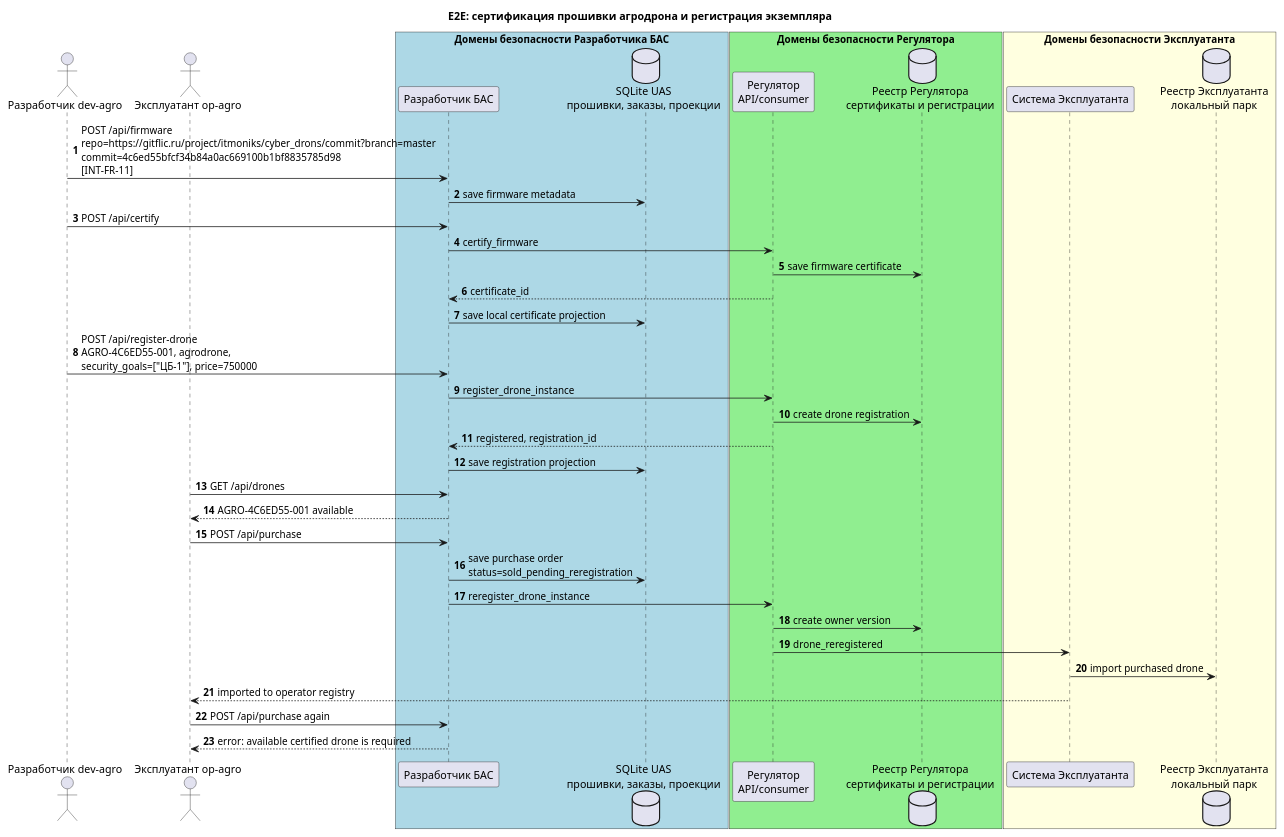
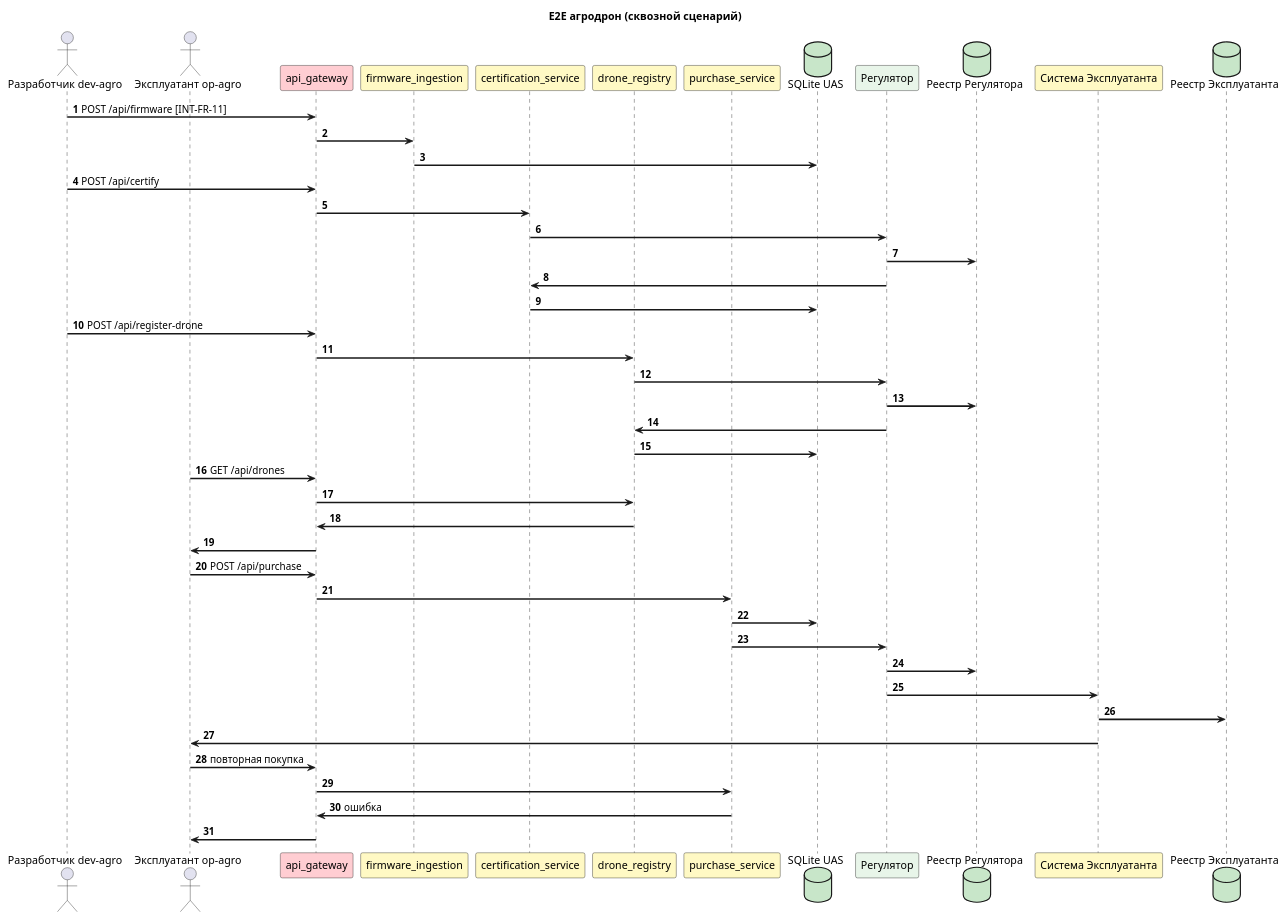
One commit to sergeysobolev-spbu/sbd-drones-economics changed the diagram in systems/uas_dev_company/docs/diagrams/integration_agrodrone_e2e.puml. Above: the diagram before and after it, drawn with PlantUML. The commit also changed 108 other files, not shown here.

First line of the commit message:
feat(uas_dev_company): domain SQLite, worker image, TCB tooling

```diff
--- a/systems/uas_dev_company/docs/diagrams/integration_agrodrone_e2e.puml
+++ b/systems/uas_dev_company/docs/diagrams/integration_agrodrone_e2e.puml
@@ -1,45 +1,51 @@
 @startuml integration_agrodrone_e2e
-title E2E: сертификация прошивки агродрона и регистрация экземпляра
+title E2E агродрон (сквозной сценарий)
+
+skinparam ArrowThickness 2
 
 autonumber
 actor "Разработчик dev-agro" as Dev
 actor "Эксплуатант op-agro" as Op
-box "Домены безопасности Разработчика БАС" #LightBlue
-    participant "Разработчик БАС" as UAS
-    database "SQLite UAS\nпрошивки, заказы, проекции" as UASDB
-end box
+participant "api_gateway" as GW #FFCDD2
+participant "firmware_ingestion" as FW #FFF9C4
+participant "certification_service" as CS #FFF9C4
+participant "drone_registry" as DR #FFF9C4
+participant "purchase_service" as PS #FFF9C4
+database "SQLite UAS" as UASDB #C8E6C9
+participant "Регулятор" as REG #E8F5E9
+database "Реестр Регулятора" as REGDB #C8E6C9
+participant "Система Эксплуатанта" as OPS #FFF9C4
+database "Реестр Эксплуатанта" as ODB #C8E6C9
 
-box "Домены безопасности Регулятора" #LightGreen
-    participant "Регулятор\nAPI/consumer" as REG
-    database "Реестр Регулятора\nсертификаты и регистрации" as REGDB
-end box
-
-box "Домены безопасности Эксплуатанта" #LightYellow
-    participant "Система Эксплуатанта" as OPS
-    database "Реестр Эксплуатанта\nлокальный парк" as ODB
-end box
-
-Dev -> UAS : POST /api/firmware\nrepo=https://gitflic.ru/project/itmoniks/cyber_drons/commit?branch=master\ncommit=4c6ed55bfcf34b84a0ac669100b1bf8835785d98\n[INT-FR-11]
-UAS -> UASDB : save firmware metadata
-Dev -> UAS : POST /api/certify
-UAS -> REG : certify_firmware
-REG -> REGDB : save firmware certificate
-REG --> UAS : certificate_id
-UAS -> UASDB : save local certificate projection
-Dev -> UAS : POST /api/register-drone\nAGRO-4C6ED55-001, agrodrone,\nsecurity_goals=["ЦБ-1"], price=750000
-UAS -> REG : register_drone_instance
-REG -> REGDB : create drone registration
-REG --> UAS : registered, registration_id
-UAS -> UASDB : save registration projection
-Op -> UAS : GET /api/drones
-UAS --> Op : AGRO-4C6ED55-001 available
-Op -> UAS : POST /api/purchase
-UAS -> UASDB : save purchase order\nstatus=sold_pending_reregistration
-UAS -> REG : reregister_drone_instance
-REG -> REGDB : create owner version
-REG -> OPS : drone_reregistered
-OPS -> ODB : import purchased drone
-OPS --> Op : imported to operator registry
-Op -> UAS : POST /api/purchase again
-UAS --> Op : error: available certified drone is required
+Dev -> GW : POST /api/firmware [INT-FR-11]
+GW -> FW
+FW -> UASDB
+Dev -> GW : POST /api/certify
+GW -> CS
+CS -> REG
+REG -> REGDB
+REG -> CS
+CS -> UASDB
+Dev -> GW : POST /api/register-drone
+GW -> DR
+DR -> REG
+REG -> REGDB
+REG -> DR
+DR -> UASDB
+Op -> GW : GET /api/drones
+GW -> DR
+DR -> GW
+GW -> Op
+Op -> GW : POST /api/purchase
+GW -> PS
+PS -> UASDB
+PS -> REG
+REG -> REGDB
+REG -> OPS
+OPS -> ODB
+OPS -> Op
+Op -> GW : повторная покупка
+GW -> PS
+PS -> GW : ошибка
+GW -> Op
 @enduml
```
